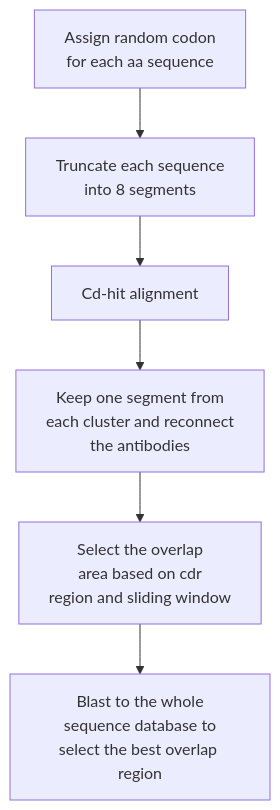
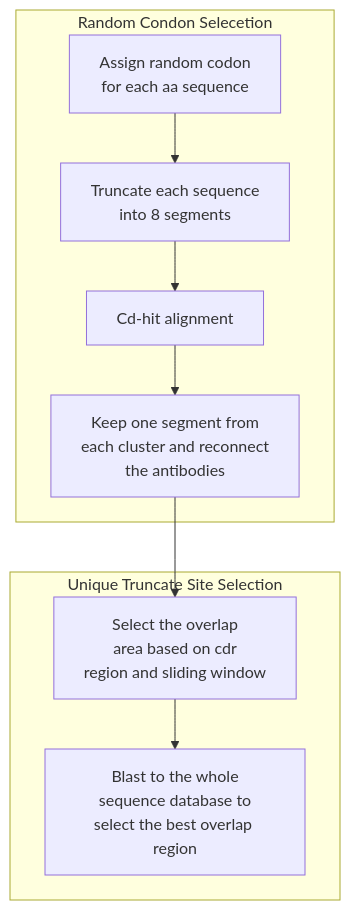
One commit to nicwulab/oPool_display changed the diagram in README.md. Above: the diagram before and after it, drawn with Mermaid. The commit also changed other lines of this file, not shown here.

Commit message:
ReadMe Mermaid Chart

````diff
--- a/README.md
+++ b/README.md
@@ -23,11 +23,16 @@
 ```mermaid
-graph TD;
+flowchart TD
     st[Assign random codon<br>for each aa sequence]
     step1[Truncate each sequence<br>into 8 segments]
     step2[Cd-hit alignment]
     step3[Keep one segment from<br>each cluster and reconnect<br>the antibodies]
     step4[Select the overlap<br>area based on cdr<br>region and sliding window]
     e[Blast to the whole<br>sequence database to<br>select the best overlap region]
 
-    st-->step1-->step2-->step3-->step4-->e
+    subgraph one[Random Condon Selecetion]
+    st-->step1-->step2-->step3
+    end
+    subgraph two[Unique Truncate Site Selection]
+    step3-->step4-->e
+    end
 ```
````
